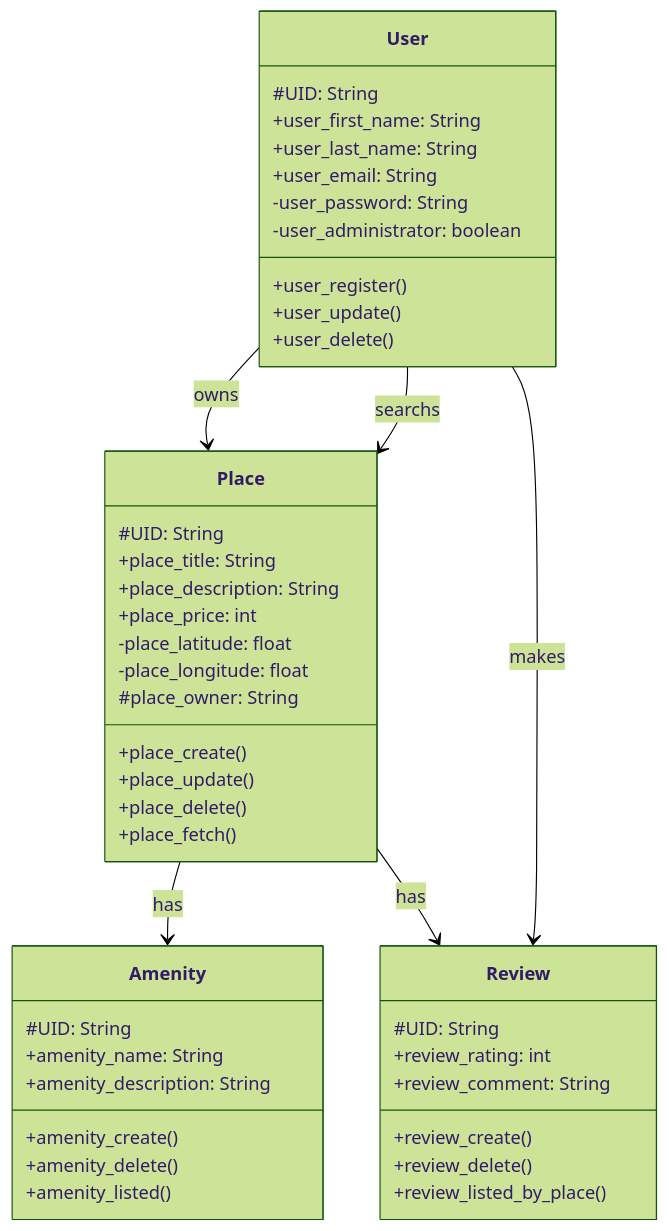
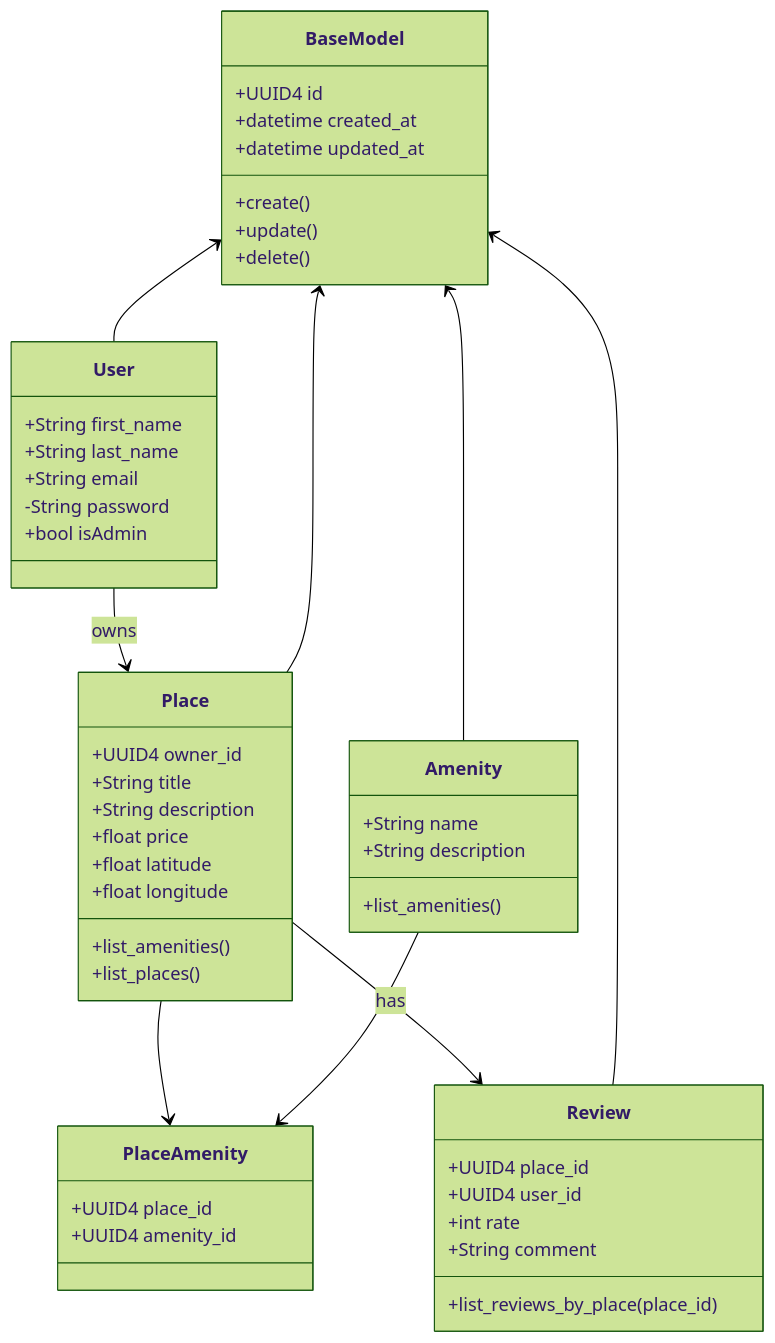
One commit to vlldnt/holbertonschool-hbnb changed the diagram in part1/01-class_diagram.md. Above: the diagram before and after it, drawn with Mermaid (forest theme). The commit also changed 4 other files, not shown here.

Commit message:
update classDiagram

````diff
--- a/part1/01-class_diagram.md
+++ b/part1/01-class_diagram.md
@@ -3,49 +3,60 @@
 ```mermaid
 classDiagram
+
+class BaseModel {
+    +UUID4 id
+    +datetime created_at
+    +datetime updated_at
+    +create()
+    +update()
+    +delete()
+}
+
 class User {
-    #UID: String
-    +user_first_name: String
-    +user_last_name: String
-    +user_email: String
-    -user_password: String
-    -user_administrator: boolean
-    +user_register()
-    +user_update()
-    +user_delete()
+    +String first_name
+    +String last_name
+    +String email
+    -String password
+    +bool isAdmin
 }
+
 class Place {
-    #UID: String
-    +place_title: String
-    +place_description: String
-    +place_price: int
-    -place_latitude: float
-    -place_longitude: float
-    #place_owner: String
-    +place_create()
-    +place_update()
-    +place_delete()
-    +place_fetch()
+    +UUID4 owner_id
+    +String title
+    +String description
+    +float price
+    +float latitude
+    +float longitude
+    +list_amenities()
+    +list_places()
 }
+
 class Review {
-    #UID: String
-    +review_rating: int
-    +review_comment: String
-    +review_create()
-    +review_delete()
-    +review_listed_by_place()
+    +UUID4 place_id
+    +UUID4 user_id
+    +int rate
+    +String comment
+    +list_reviews_by_place(place_id)
 }
+
 class Amenity {
-    #UID: String
-    +amenity_name: String
-    +amenity_description: String
-    +amenity_create()
-    +amenity_delete()
-    +amenity_listed()
+    +String name
+    +String description
+    +list_amenities()
 }
-Place --> Amenity : has
+
+class PlaceAmenity {
+    +UUID4 place_id
+    +UUID4 amenity_id
+}
+
+BaseModel <-- User
 User --> Place : owns
-User --> Place : searchs
-User --> Review : makes
+Place --> PlaceAmenity : 
 Place --> Review : has
+BaseModel <-- Place
+BaseModel <-- Review
+BaseModel <-- Amenity
+Amenity --> PlaceAmenity
 
 ```
````
